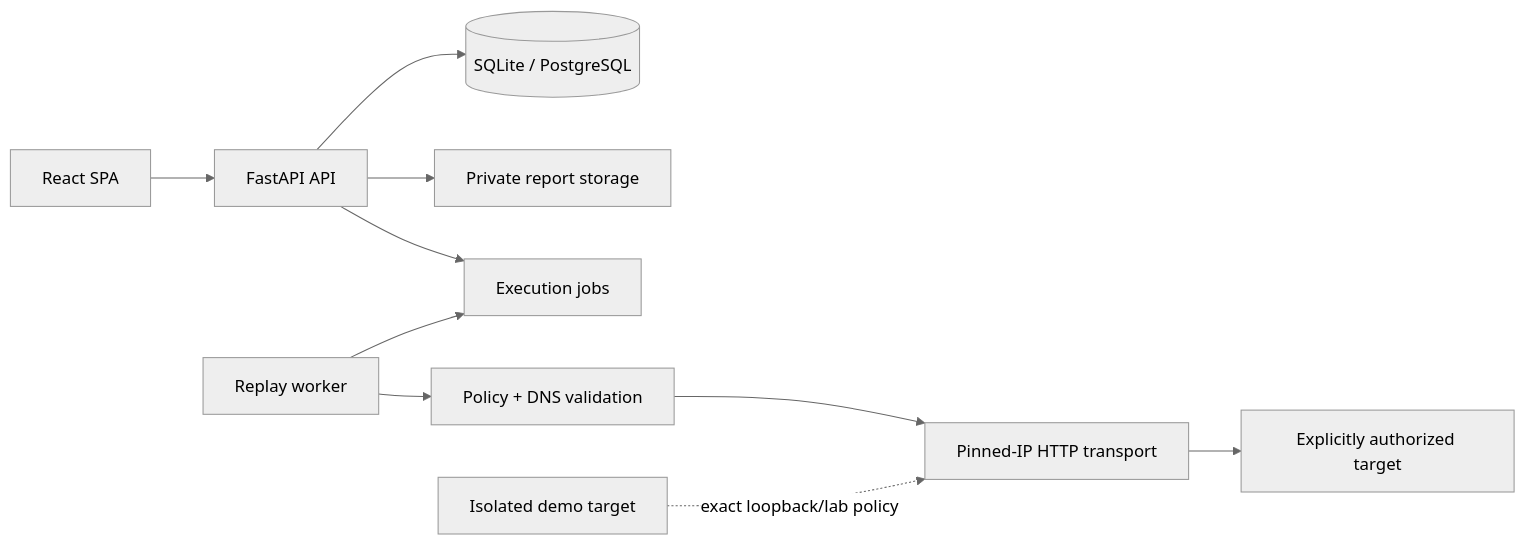
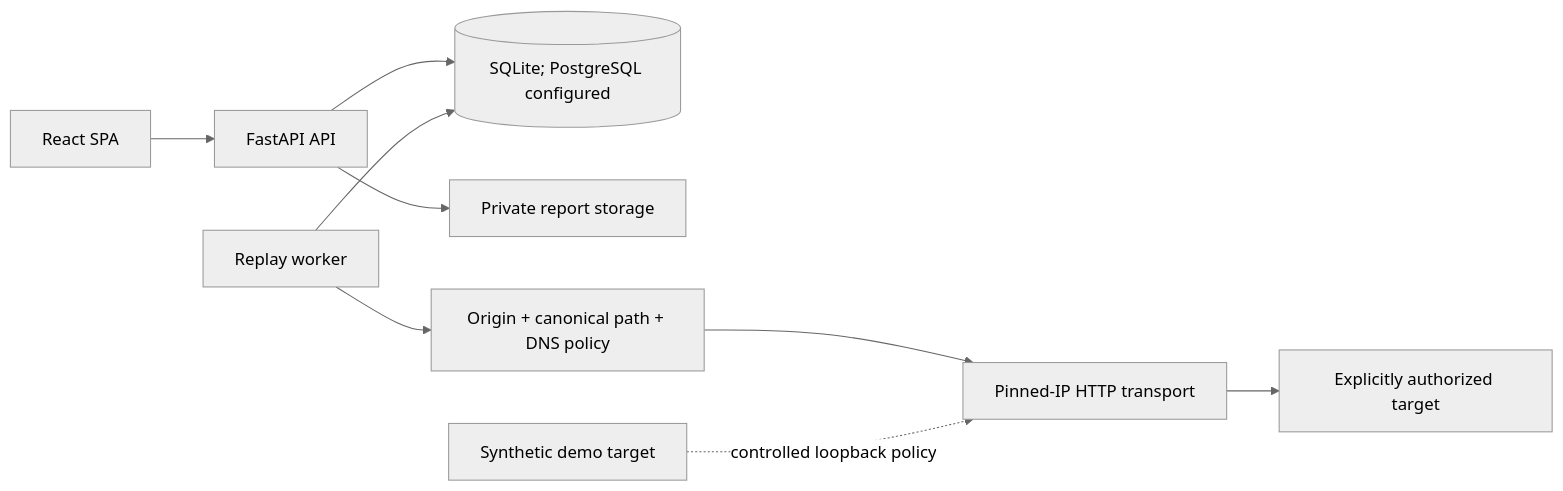
Before and after one commit to mosaddiqurr/ADPathLens: the diagram in docs/ARCHITECTURE.md, drawn with Mermaid (neutral theme). The commit also changed other lines of this file and 43 other files, not shown here.

````diff
--- a/docs/ARCHITECTURE.md
+++ b/docs/ARCHITECTURE.md
@@ -6,12 +6,11 @@
 ```mermaid
 flowchart LR
   Browser["React SPA"] --> API["FastAPI API"]
-  API --> DB[("SQLite / PostgreSQL")]
+  API --> DB[("SQLite; PostgreSQL configured")]
   API --> Reports["Private report storage"]
-  API --> Queue["Execution jobs"]
-  Worker["Replay worker"] --> Queue
-  Worker --> Policy["Policy + DNS validation"]
+  Worker["Replay worker"] --> DB
+  Worker --> Policy["Origin + canonical path + DNS policy"]
   Policy --> Transport["Pinned-IP HTTP transport"]
   Transport --> Target["Explicitly authorized target"]
-  Demo["Isolated demo target"] -. "exact loopback/lab policy" .-> Transport
+  Demo["Synthetic demo target"] -. "controlled loopback policy" .-> Transport
 ```
````
